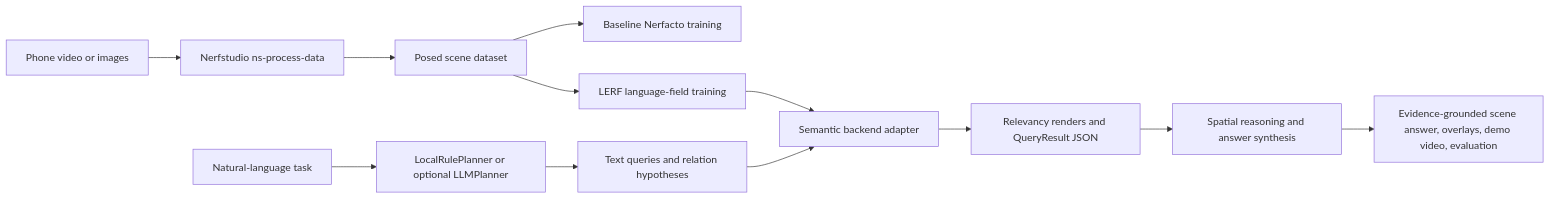
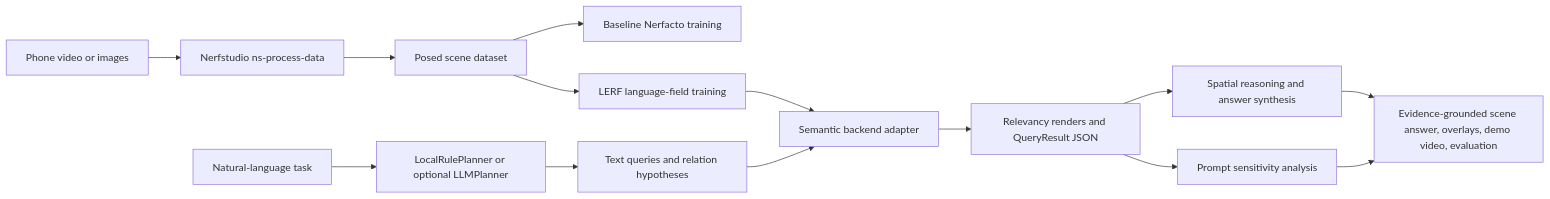
One commit to woshiluozhi/nerf-llm-scene-inspector changed the diagram in README.md. Above: the diagram before and after it, drawn with Mermaid. The commit also changed other lines of this file and 18 other files, not shown here.

Commit message:
Add prompt sensitivity analysis

````diff
--- a/README.md
+++ b/README.md
@@ -80,14 +81,16 @@
 ```mermaid
 flowchart LR
   A[Phone video or images] --> B[Nerfstudio ns-process-data]
   B --> C[Posed scene dataset]
   C --> D[Baseline Nerfacto training]
   C --> E[LERF language-field training]
   E --> F[Semantic backend adapter]
   G[Natural-language task] --> H[LocalRulePlanner or optional LLMPlanner]
   H --> I[Text queries and relation hypotheses]
   I --> F
   F --> J[Relevancy renders and QueryResult JSON]
   J --> K[Spatial reasoning and answer synthesis]
+  J --> M[Prompt sensitivity analysis]
   K --> L[Evidence-grounded scene answer, overlays, demo video, evaluation]
+  M --> L
 ```
````
